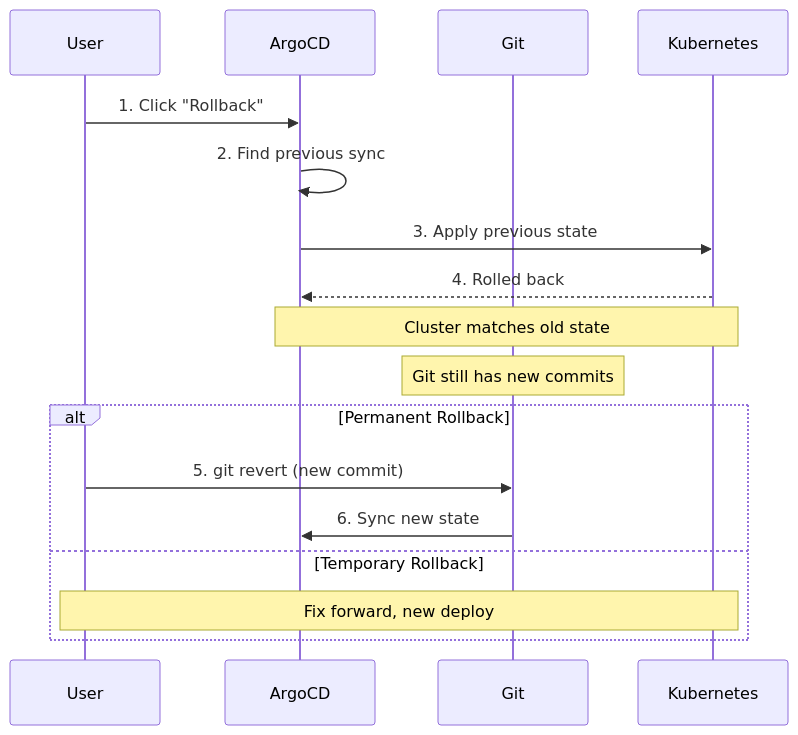
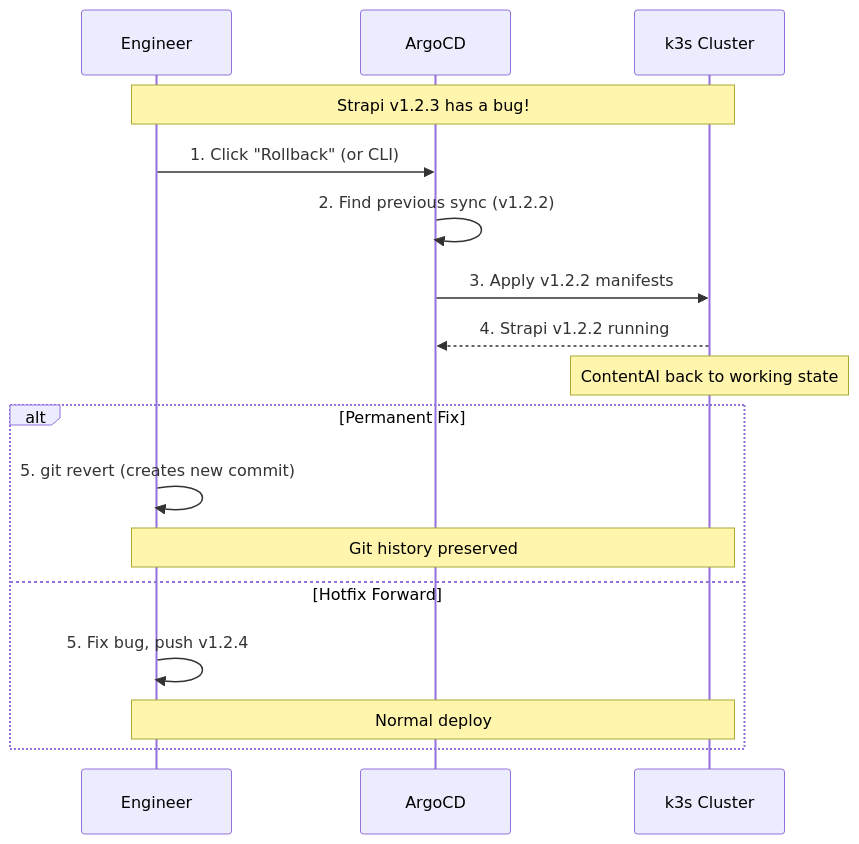
One commit to PearlThoughtsInternship/Internship-Obsidian-Vault changed the ninth of 10 diagrams in DevOps/02-Engineering/05-GitOps.md. Above: the diagram before and after it, drawn with Mermaid. The commit also changed other lines of this file and 1 other file, not shown here.

First line of the commit message:
docs: Container orchestration & GitOps with ContentAI product context

````diff
--- a/DevOps/02-Engineering/05-GitOps.md
+++ b/DevOps/02-Engineering/05-GitOps.md
@@ -598,22 +635,23 @@
 ```mermaid
 sequenceDiagram
-    participant User
+    participant Eng as Engineer
     participant Argo as ArgoCD
-    participant Git
-    participant K8S as Kubernetes
+    participant K8S as k3s Cluster
 
-    User->>Argo: 1. Click "Rollback"
-    Argo->>Argo: 2. Find previous sync
-    Argo->>K8S: 3. Apply previous state
-    K8S-->>Argo: 4. Rolled back
+    Note over Eng,K8S: Strapi v1.2.3 has a bug!
 
-    Note over Argo,K8S: Cluster matches old state
-    Note over Git: Git still has new commits
+    Eng->>Argo: 1. Click "Rollback" (or CLI)
+    Argo->>Argo: 2. Find previous sync (v1.2.2)
+    Argo->>K8S: 3. Apply v1.2.2 manifests
+    K8S-->>Argo: 4. Strapi v1.2.2 running
 
-    alt Permanent Rollback
-        User->>Git: 5. git revert (new commit)
-        Git->>Argo: 6. Sync new state
-    else Temporary Rollback
-        Note over User,K8S: Fix forward, new deploy
+    Note over K8S: ContentAI back to working state
+
+    alt Permanent Fix
+        Eng->>Eng: 5. git revert (creates new commit)
+        Note over Eng,K8S: Git history preserved
+    else Hotfix Forward
+        Eng->>Eng: 5. Fix bug, push v1.2.4
+        Note over Eng,K8S: Normal deploy
     end
 ```
````
